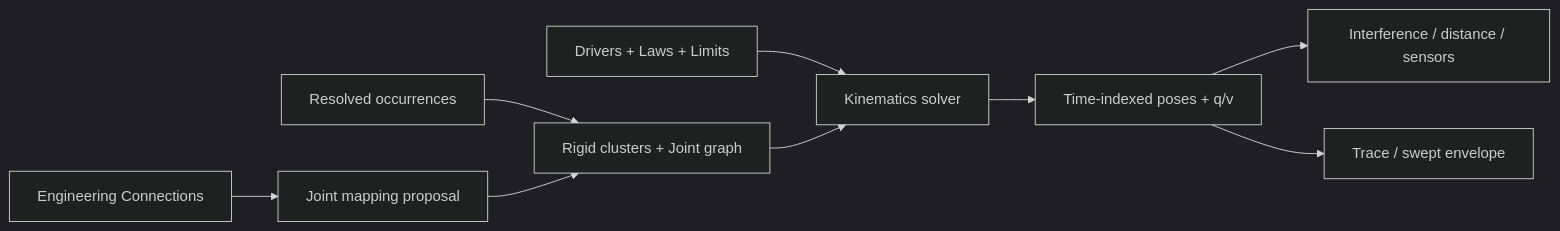
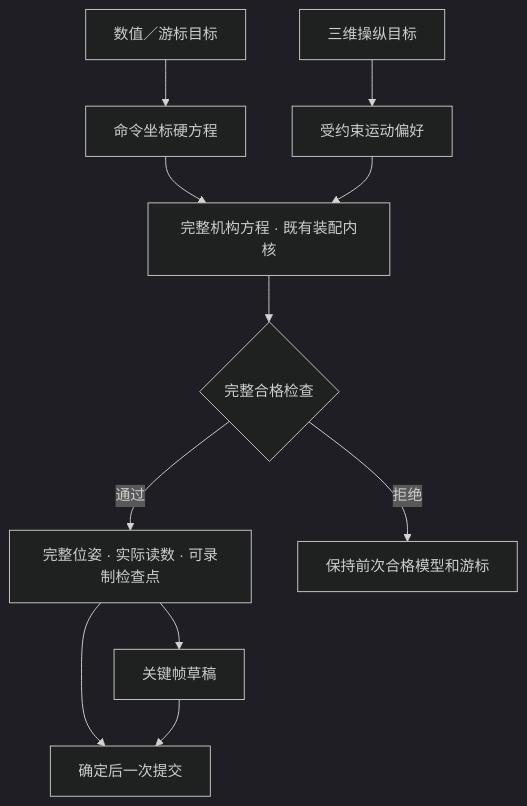
The diagram in docs/architecture/target/kinematics-dmu.md (cossoledad/occccad), drawn with Mermaid (dark theme) before and after one commit. The commit also changed other lines of this file and 17 other files, not shown here.

````diff
--- a/docs/architecture/target/kinematics-dmu.md
+++ b/docs/architecture/target/kinematics-dmu.md
@@ -74,11 +85,13 @@
-```mermaid
-flowchart LR
-    Product["Resolved occurrences"] --> Map["Rigid clusters + Joint graph"]
-    Connection["Engineering Connections"] --> Proposal["Joint mapping proposal"]
-    Proposal --> Map
-    Drivers["Drivers + Laws + Limits"] --> Solve["Kinematics solver"]
-    Map --> Solve
-    Solve --> Pose["Time-indexed poses + q/v"]
-    Pose --> Probe["Interference / distance / sensors"]
-    Pose --> Trace["Trace / swept envelope"]
-```
+~~~mermaid
+flowchart TD
+    Parameter["数值／游标目标"] --> Coordinate["命令坐标硬方程"]
+    Drag["三维操纵目标"] --> Preference["受约束运动偏好"]
+    Coordinate --> Solve["完整机构方程 · 既有装配内核"]
+    Preference --> Solve
+    Solve --> Qualified{"完整合格检查"}
+    Qualified -->|通过| Publish["完整位姿 · 实际读数 · 可录制检查点"]
+    Qualified -->|拒绝| Keep["保持前次合格模型和游标"]
+    Publish --> Record["关键帧草稿"]
+    Publish --> Commit["确定后一次提交"]
+    Record --> Commit
+~~~
````
